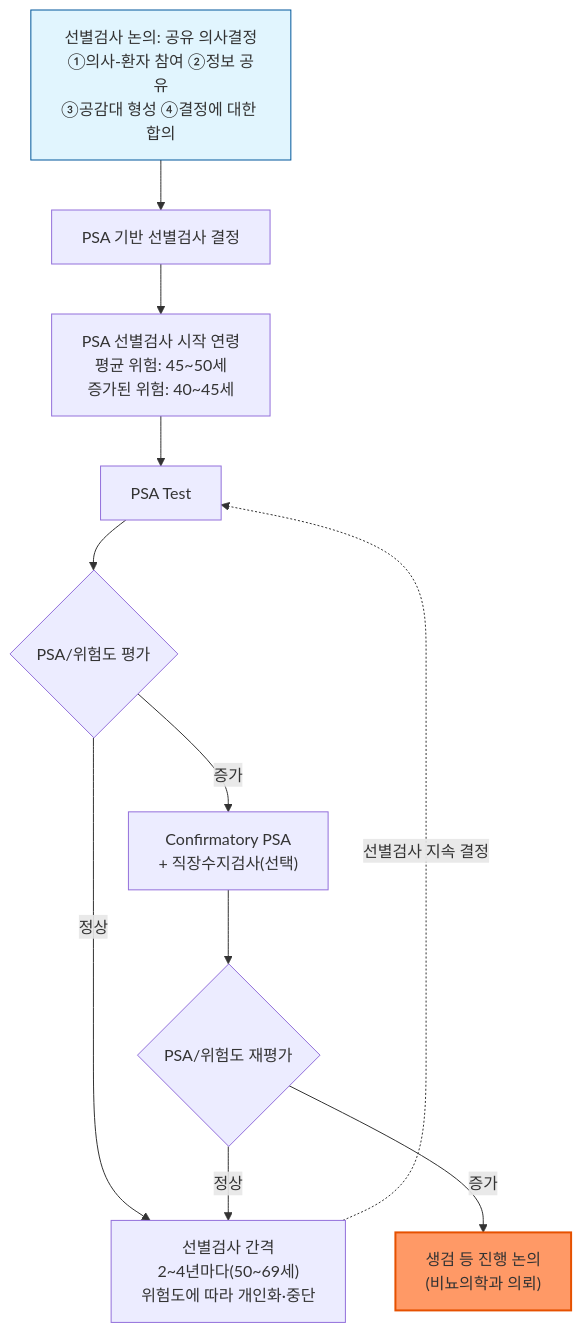
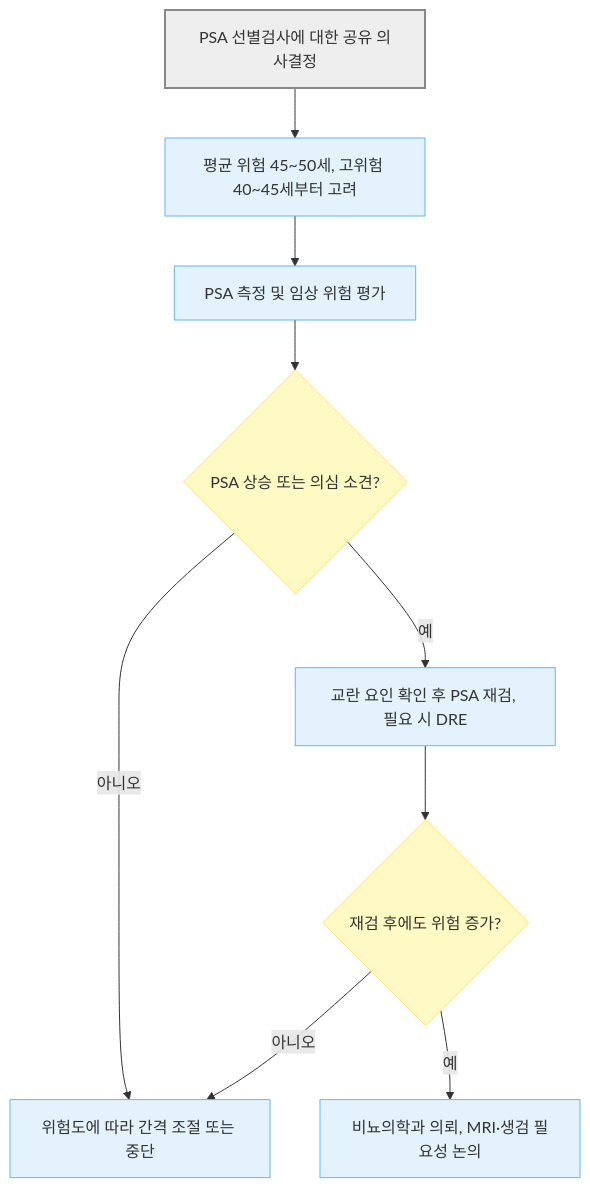
Before and after one commit to familyoh77/familyoh77: the first of 2 diagrams in 227_/124_-bph.md, drawn with Mermaid. The commit also changed other lines of this file and 10 other files, not shown here.

````diff
--- a/227_/124_-bph.md
+++ b/227_/124_-bph.md
@@ -143,15 +143,17 @@
 ```mermaid
-graph TD
-    A["선별검사 논의: 공유 의사결정<br/>①의사-환자 참여 ②정보 공유<br/>③공감대 형성 ④결정에 대한 합의"] --> B["PSA 기반 선별검사 결정"]
-    B --> C["PSA 선별검사 시작 연령<br/>평균 위험: 45~50세<br/>증가된 위험: 40~45세"]
-    C --> D["PSA Test"]
-    D --> E{"PSA/위험도 평가"}
-    E -->|정상| F["선별검사 간격<br/>2~4년마다(50~69세)<br/>위험도에 따라 개인화·중단"]
-    F -.선별검사 지속 결정.-> D
-    E -->|증가| G["Confirmatory PSA<br/>+ 직장수지검사(선택)"]
-    G --> H{"PSA/위험도 재평가"}
-    H -->|증가| I["생검 등 진행 논의<br/>(비뇨의학과 의뢰)"]
-    H -->|정상| F
-    style A fill:#e1f5fe,stroke:#01579b
-    style I fill:#f96,stroke:#e65100,stroke-width:2px
+flowchart TD
+    A["PSA 선별검사에 대한 공유 의사결정"] --> B["평균 위험 45~50세, 고위험 40~45세부터 고려"]
+    B --> C["PSA 측정 및 임상 위험 평가"]
+    C --> D{"PSA 상승 또는 의심 소견?"}
+    D -- "아니오" --> E["위험도에 따라 간격 조절 또는 중단"]
+    D -- "예" --> F["교란 요인 확인 후 PSA 재검, 필요 시 DRE"]
+    F --> G{"재검 후에도 위험 증가?"}
+    G -- "예" --> H["비뇨의학과 의뢰, MRI·생검 필요성 논의"]
+    G -- "아니오" --> E
+    classDef start fill:#eeeeee,stroke:#888888,stroke-width:2px
+    classDef question fill:#fff9c4,stroke:#ffe082
+    classDef care fill:#e3f2fd,stroke:#64b5f6
+    class A start
+    class D,G question
+    class B,C,E,F,H care
 ```
````
